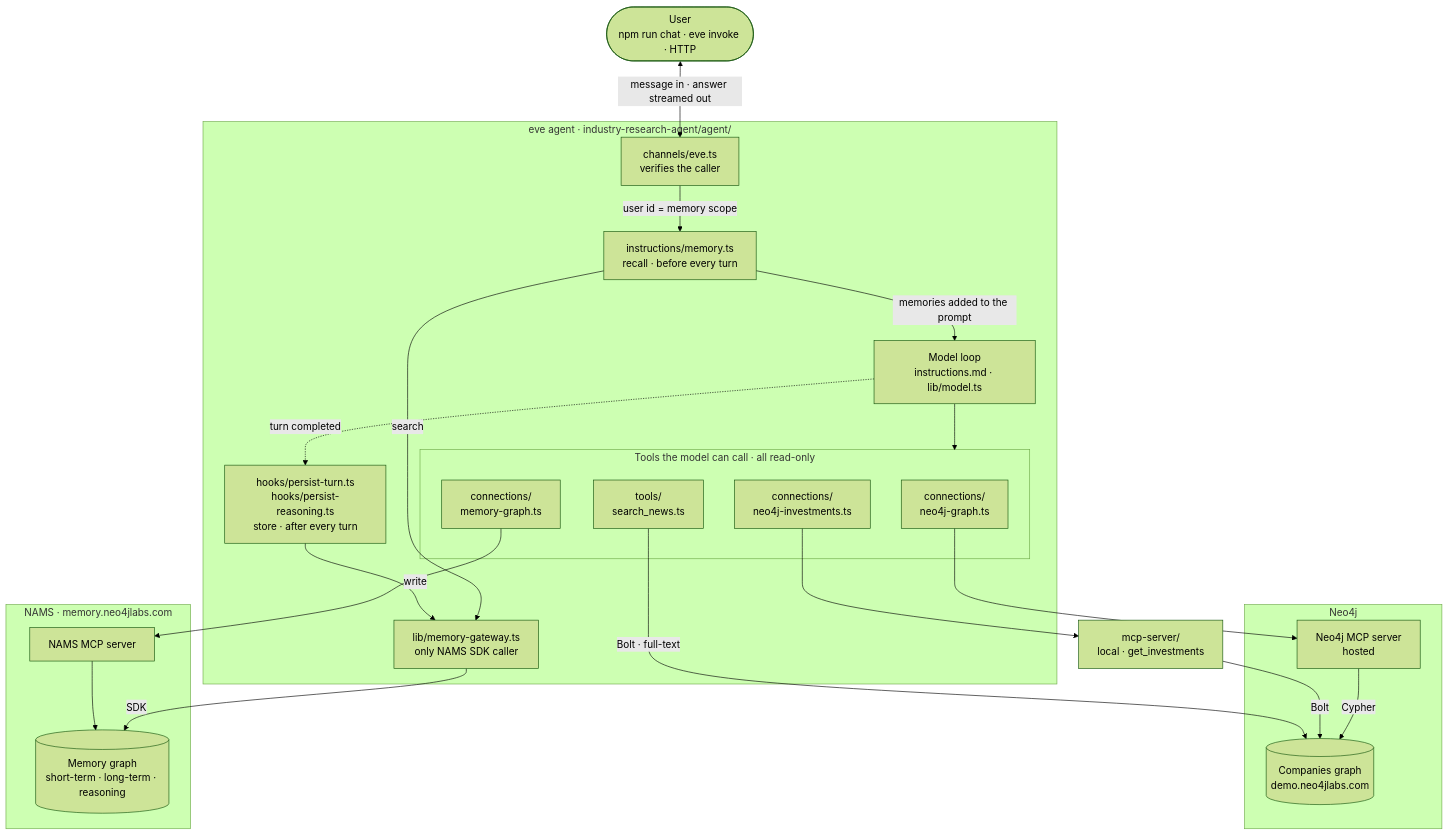
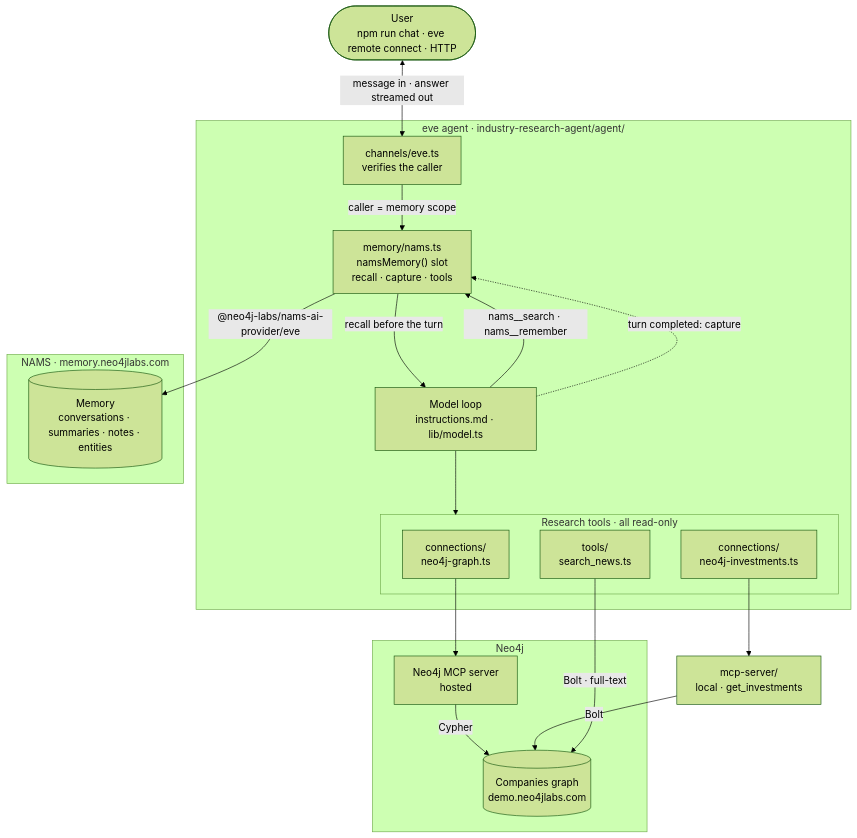
One commit to neo4j-labs/neo4j-agent-integrations changed the first of 2 diagrams in vercel-agent/vercel-eve/README.md. Above: the diagram before and after it, drawn with Mermaid (forest theme). The commit also changed other lines of this file and 45 other files, not shown here.

First line of the commit message:
Eve memory updates as per new packages  (#105)

````diff
--- a/vercel-agent/vercel-eve/README.md
+++ b/vercel-agent/vercel-eve/README.md
@@ -41,45 +46,39 @@
 ```mermaid
 flowchart TB
-    user(["User<br/>npm run chat · eve invoke · HTTP"])
+    user(["User<br/>npm run chat · eve remote connect · HTTP"])
 
     subgraph agent["eve agent · industry-research-agent/agent/"]
         channel["channels/eve.ts<br/>verifies the caller"]
-        recall["instructions/memory.ts<br/>recall · before every turn"]
+        slot["memory/nams.ts<br/>namsMemory() slot<br/>recall · capture · tools"]
         loop["Model loop<br/>instructions.md · lib/model.ts"]
-        hooks["hooks/persist-turn.ts<br/>hooks/persist-reasoning.ts<br/>store · after every turn"]
-        gateway["lib/memory-gateway.ts<br/>only NAMS SDK caller"]
 
-        subgraph surfaces["Tools the model can call · all read-only"]
+        subgraph surfaces["Research tools · all read-only"]
             cGraph["connections/<br/>neo4j-graph.ts"]
             cInv["connections/<br/>neo4j-investments.ts"]
             news["tools/<br/>search_news.ts"]
-            cMem["connections/<br/>memory-graph.ts"]
         end
     end
 
     local["mcp-server/<br/>local · get_investments"]
 
     subgraph neo["Neo4j"]
         neoMcp["Neo4j MCP server<br/>hosted"]
         db[("Companies graph<br/>demo.neo4jlabs.com")]
     end
 
     subgraph nams["NAMS · memory.neo4jlabs.com"]
-        namsMcp["NAMS MCP server"]
-        namsDb[("Memory graph<br/>short-term · long-term · reasoning")]
+        namsDb[("Memory<br/>conversations · summaries · notes · entities")]
     end
 
     user <-- "message in · answer streamed out" --> channel
-    channel -- "user id = memory scope" --> recall
-    recall -- "memories added to the prompt" --> loop
-    loop -. "turn completed" .-> hooks
-    recall -- "search" --> gateway
-    hooks -- "write" --> gateway
-    gateway -- "SDK" --> namsDb
+    channel -- "caller = memory scope" --> slot
+    slot -- "recall before the turn" --> loop
+    loop -- "nams__search · nams__remember" --> slot
+    loop -. "turn completed: capture" .-> slot
+    slot -- "@neo4j-labs/nams-ai-provider/eve" --> namsDb
 
     loop --> surfaces
     cGraph --> neoMcp -- "Cypher" --> db
     cInv --> local -- "Bolt" --> db
     news -- "Bolt · full-text" --> db
-    cMem --> namsMcp --> namsDb
 ```
````
